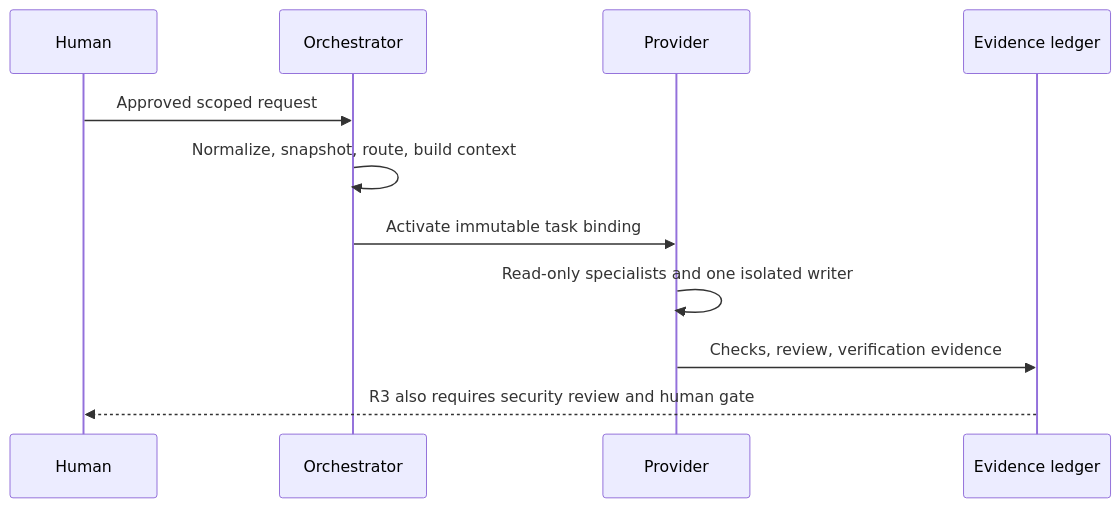
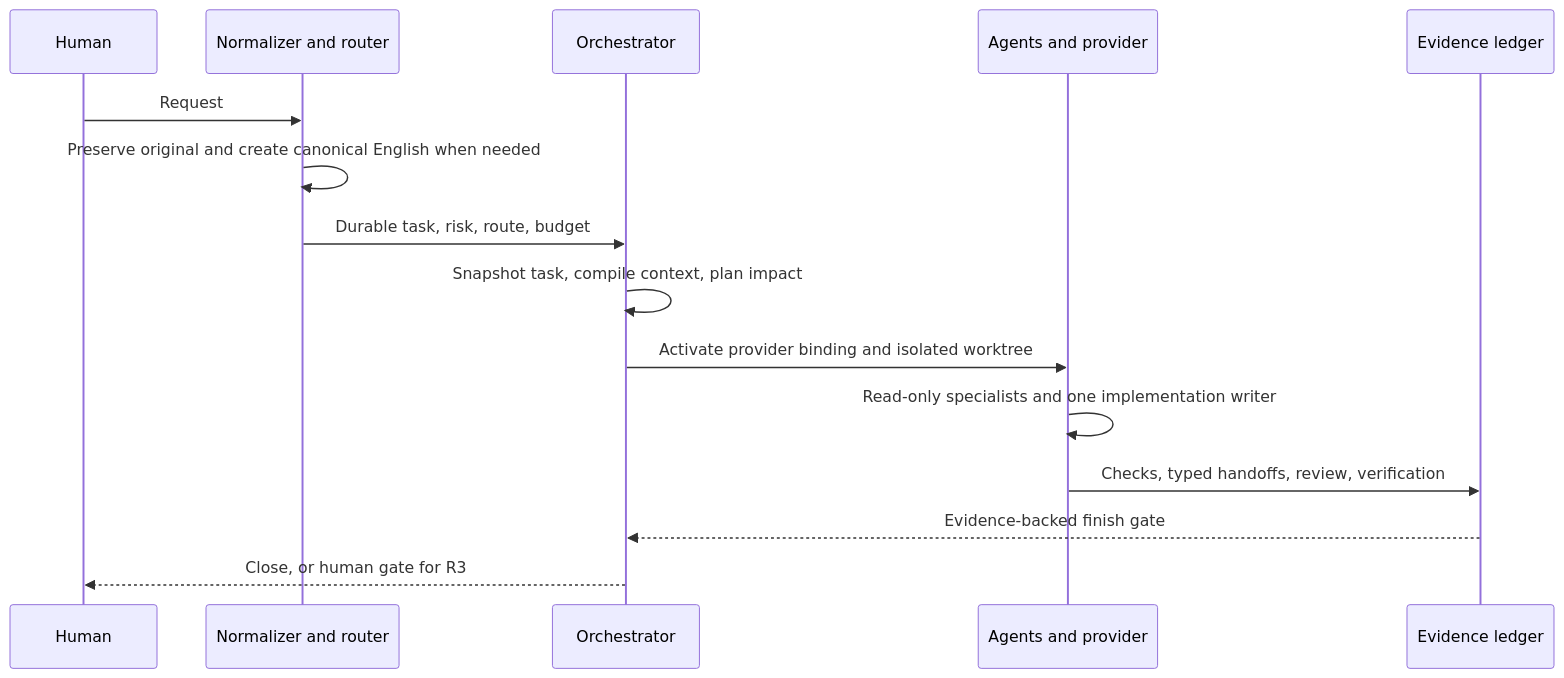
One commit to mar-romero/harness changed the second of 3 diagrams in README.md. Above: the diagram before and after it, drawn with Mermaid. The commit also changed other lines of this file and 56 other files, not shown here.

````diff
--- a/README.md
+++ b/README.md
@@ -57,13 +67,17 @@
 ```mermaid
 sequenceDiagram
     participant H as Human
+    participant N as Normalizer and router
     participant O as Orchestrator
-    participant P as Provider
+    participant A as Agents and provider
     participant E as Evidence ledger
-    H->>O: Approved scoped request
-    O->>O: Normalize, snapshot, route, build context
-    O->>P: Activate immutable task binding
-    P->>P: Read-only specialists and one isolated writer
-    P->>E: Checks, review, verification evidence
-    E-->>H: R3 also requires security review and human gate
+    H->>N: Request
+    N->>N: Preserve original and create canonical English when needed
+    N->>O: Durable task, risk, route, budget
+    O->>O: Snapshot task, compile context, plan impact
+    O->>A: Activate provider binding and isolated worktree
+    A->>A: Read-only specialists and one implementation writer
+    A->>E: Checks, typed handoffs, review, verification
+    E-->>O: Evidence-backed finish gate
+    O-->>H: Close, or human gate for R3
 ```
````
